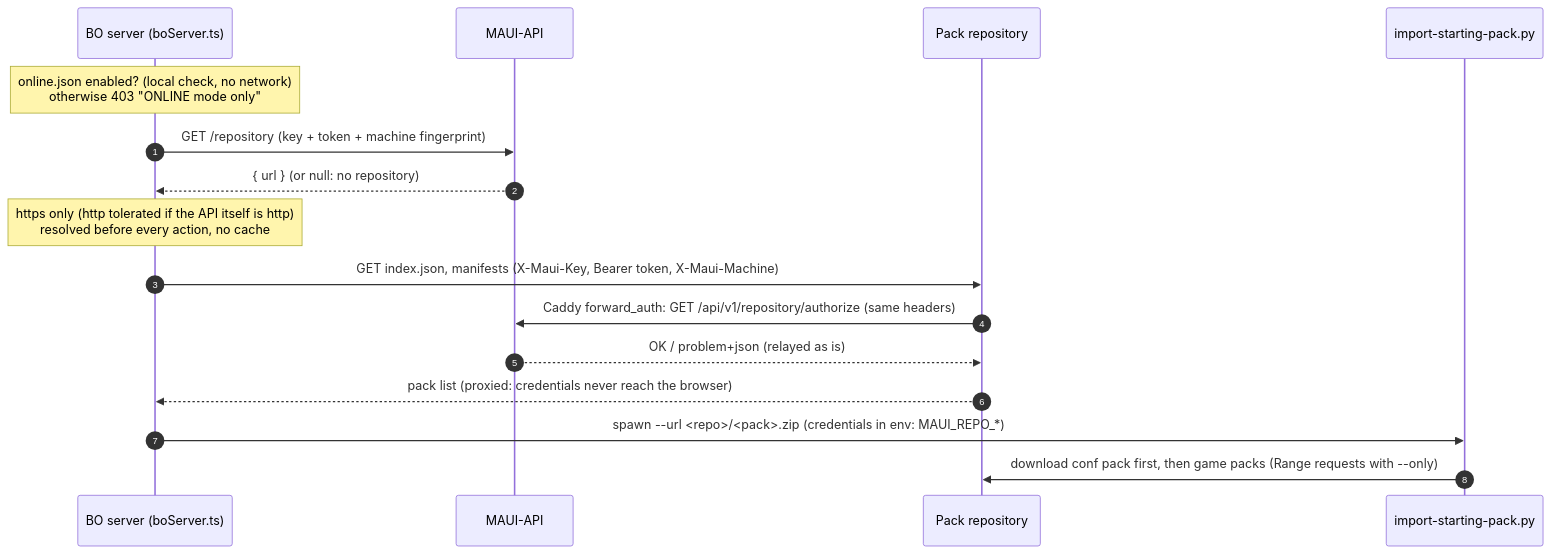
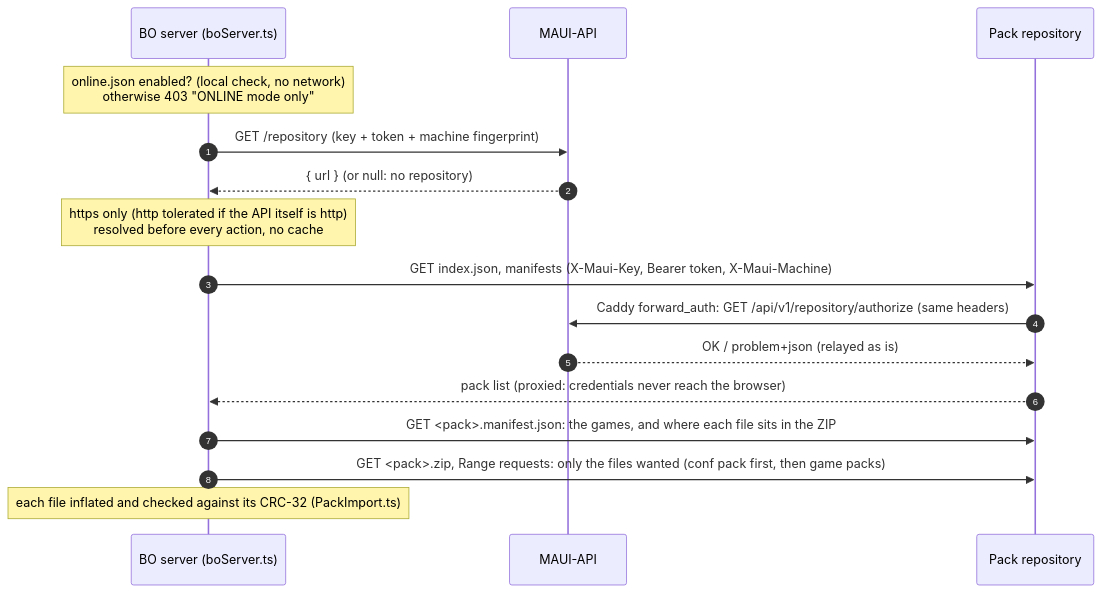
The diagram in docs/REPOSITORY.md (Arcadoolic/maui), drawn with Mermaid before and after one commit. The commit also changed other lines of this file and 17 other files, not shown here.

````diff
--- a/docs/REPOSITORY.md
+++ b/docs/REPOSITORY.md
@@ -5,19 +5,19 @@
 ```mermaid
 sequenceDiagram
     autonumber
     participant BO as BO server (boServer.ts)
     participant API as MAUI-API
     participant Repo as Pack repository
-    participant Py as import-starting-pack.py
 
     Note over BO: online.json enabled? (local check, no network)<br/>otherwise 403 "ONLINE mode only"
     BO->>API: GET /repository (key + token + machine fingerprint)
     API-->>BO: { url } (or null: no repository)
     Note over BO: https only (http tolerated if the API itself is http)<br/>resolved before every action, no cache
     BO->>Repo: GET index.json, manifests (X-Maui-Key, Bearer token, X-Maui-Machine)
     Repo->>API: Caddy forward_auth: GET /api/v1/repository/authorize (same headers)
     API-->>Repo: OK / problem+json (relayed as is)
     Repo-->>BO: pack list (proxied: credentials never reach the browser)
-    BO->>Py: spawn --url <repo>/<pack>.zip (credentials in env: MAUI_REPO_*)
-    Py->>Repo: download conf pack first, then game packs (Range requests with --only)
+    BO->>Repo: GET <pack>.manifest.json: the games, and where each file sits in the ZIP
+    BO->>Repo: GET <pack>.zip, Range requests: only the files wanted (conf pack first, then game packs)
+    Note over BO: each file inflated and checked against its CRC-32 (PackImport.ts)
 ```
````
